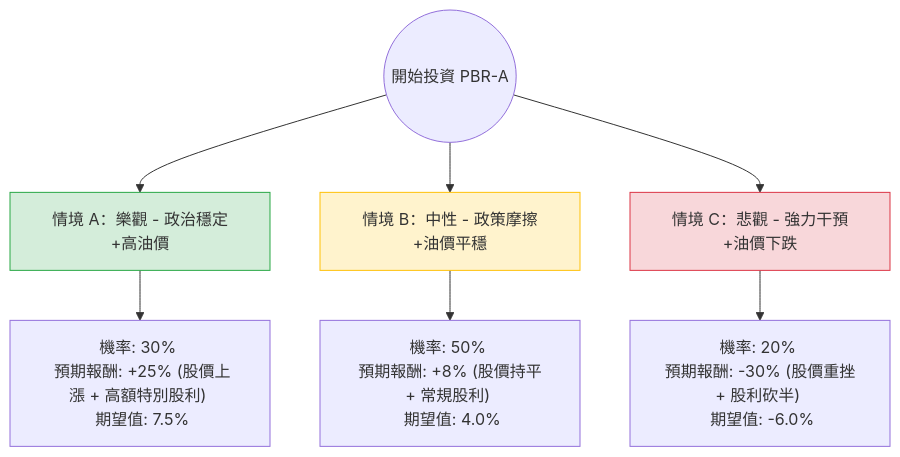
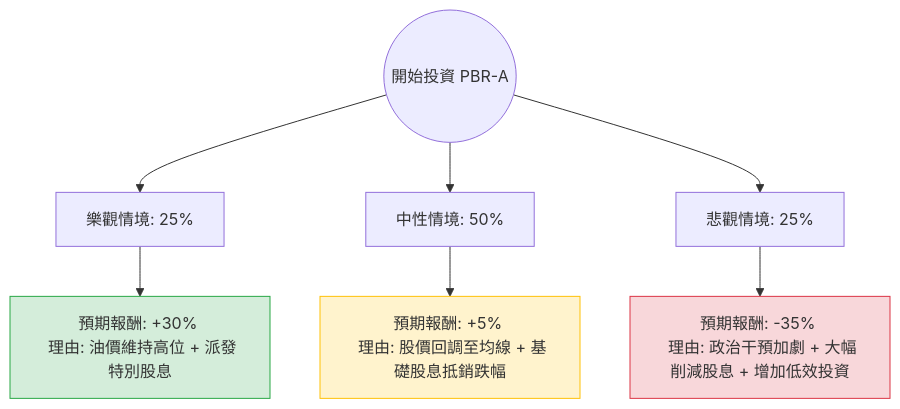
The diagram in plugin-react/ai-analysis/ev-analysis/PBR-A.md (zmcx16/zmcx16.github.io), drawn with Mermaid before and after one commit. The commit also changed other lines of this file and 51 other files, not shown here.

````diff
--- a/plugin-react/ai-analysis/ev-analysis/PBR-A.md
+++ b/plugin-react/ai-analysis/ev-analysis/PBR-A.md
@@ -19,14 +19,14 @@
 ```mermaid
 graph TD
-    Start((開始投資 PBR-A)) --> Bull[情境 A：樂觀 - 政治穩定+高油價]
-    Start --> Base[情境 B：中性 - 政策摩擦+油價平穩]
-    Start --> Bear[情境 C：悲觀 - 強力干預+油價下跌]
+    Start((開始投資 PBR-A)) --> Bull[樂觀情境: 25%]
+    Start --> Base[中性情境: 50%]
+    Start --> Bear[悲觀情境: 25%]
 
-    Bull --> Bull_EV["機率: 30% <br/> 預期報酬: +25% (股價上漲 + 高額特別股利) <br/> 期望值: 7.5%"]
-    Base --> Base_EV["機率: 50% <br/> 預期報酬: +8% (股價持平 + 常規股利) <br/> 期望值: 4.0%"]
-    Bear --> Bear_EV["機率: 20% <br/> 預期報酬: -30% (股價重挫 + 股利砍半) <br/> 期望值: -6.0%"]
+    Bull --> Bull_Ret[預期報酬: +30% <br/> 理由: 油價維持高位 + 派發特別股息]
+    Base --> Base_Ret[預期報酬: +5% <br/> 理由: 股價回調至均線 + 基礎股息抵銷跌幅]
+    Bear --> Bear_Ret[預期報酬: -35% <br/> 理由: 政治干預加劇 + 大幅削減股息 + 增加低效投資]
 
-    style Bull fill:#d4edda,stroke:#28a745
-    style Base fill:#fff3cd,stroke:#ffc107
-    style Bear fill:#f8d7da,stroke:#dc3545
+    style Bull_Ret fill:#d4edda,stroke:#28a745
+    style Base_Ret fill:#fff3cd,stroke:#ffc107
+    style Bear_Ret fill:#f8d7da,stroke:#dc3545
 ```
````
